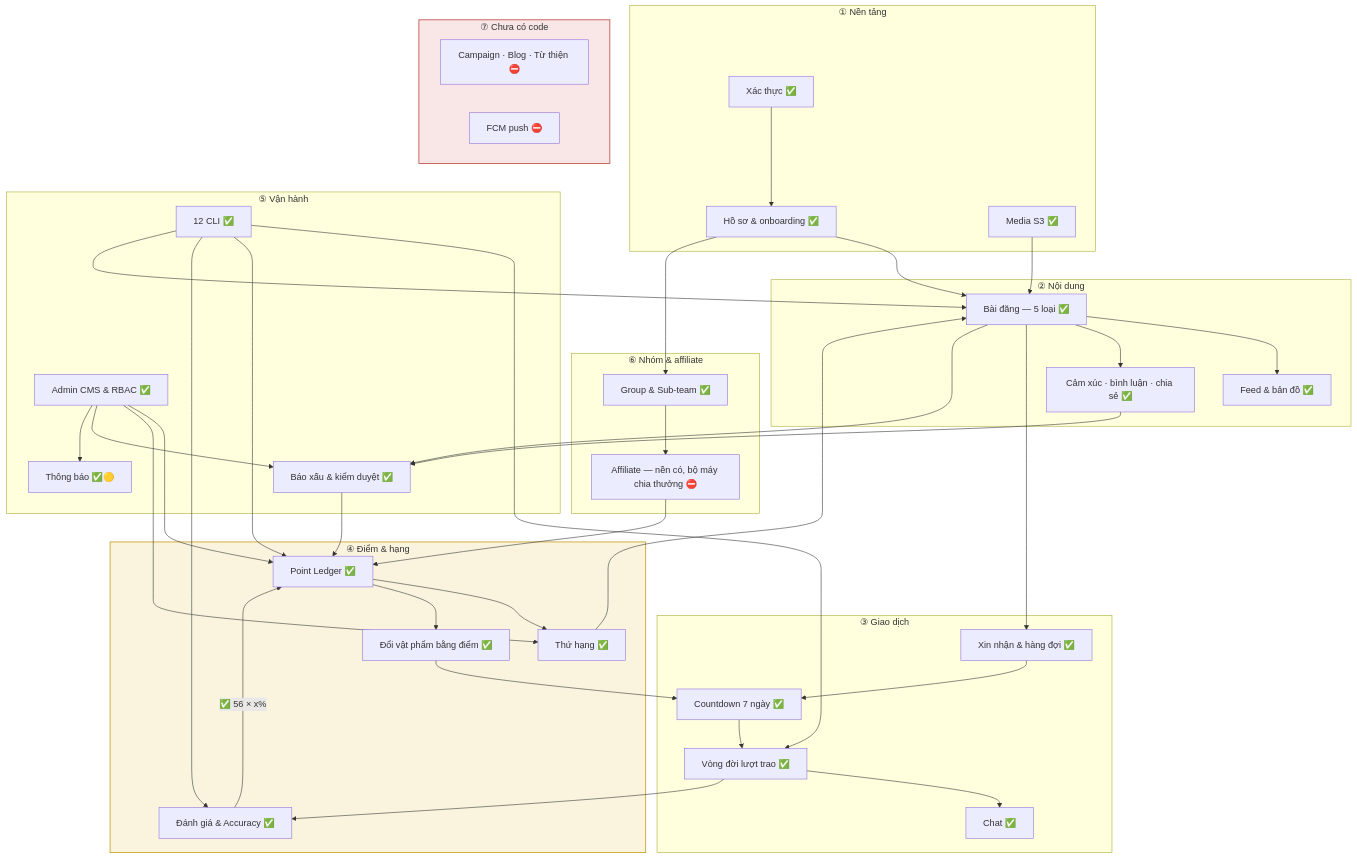
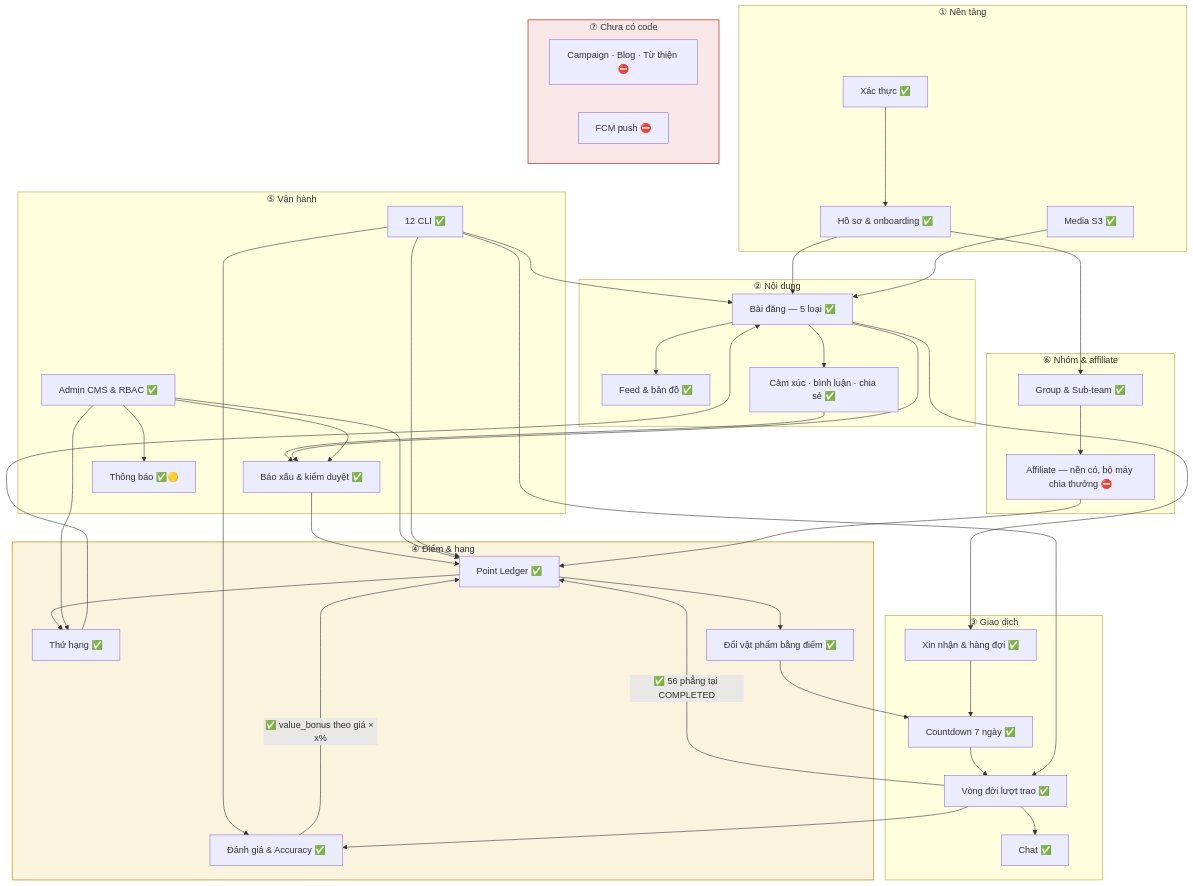
One commit to fdshn/trueheart changed the first of 4 diagrams in docs/diagram/20-overview.md. Above: the diagram before and after it, drawn with Mermaid. The commit also changed other lines of this file and 18 other files, not shown here.

First line of the commit message:
feat(f40): dời mốc cộng điểm hoàn tất sang COMPLETED theo CHỐT-14

````diff
--- a/docs/diagram/20-overview.md
+++ b/docs/diagram/20-overview.md
@@ -12,74 +12,75 @@
 ```mermaid
 flowchart TB
     subgraph T1["① Nền tảng"]
         AUTH["Xác thực ✅"]
         PROF["Hồ sơ & onboarding ✅"]
         MEDIA["Media S3 ✅"]
     end
 
     subgraph T2["② Nội dung"]
         POST["Bài đăng — 5 loại ✅"]
         FEED["Feed & bản đồ ✅"]
         INT["Cảm xúc · bình luận · chia sẻ ✅"]
     end
 
     subgraph T3["③ Giao dịch"]
         REQ["Xin nhận & hàng đợi ✅"]
         SEL["Countdown 7 ngày ✅"]
         TX["Vòng đời lượt trao ✅"]
         CHAT["Chat ✅"]
     end
 
     subgraph T4["④ Điểm & hạng"]
         PT["Point Ledger ✅"]
         RANK["Thứ hạng ✅"]
         REV["Đánh giá & Accuracy ✅"]
         RED["Đổi vật phẩm bằng điểm ✅"]
     end
 
     subgraph T5["⑤ Vận hành"]
         REP["Báo xấu & kiểm duyệt ✅"]
         ADM["Admin CMS & RBAC ✅"]
         JOB["12 CLI ✅"]
         NOTI["Thông báo ✅🟡"]
     end
 
     subgraph T6["⑥ Nhóm & affiliate"]
         GRP["Group & Sub-team ✅"]
         AFF["Affiliate — nền có, bộ máy chia thưởng ⛔"]
     end
 
     subgraph T7["⑦ Chưa có code"]
         CMS["Campaign · Blog · Từ thiện ⛔"]
         FCM["FCM push ⛔"]
     end
 
     AUTH --> PROF --> POST
     MEDIA --> POST
     POST --> FEED
     POST --> INT
     POST --> REQ --> SEL --> TX
     TX --> CHAT
     TX --> REV
-    REV -->|"✅ 56 × x%"| PT
+    REV -->|"✅ value_bonus theo giá × x%"| PT
+    TX -->|"✅ 56 phẳng tại COMPLETED"| PT
     PT --> RANK
     RANK --> POST
     PT --> RED
     RED --> SEL
     INT --> REP
     POST --> REP
     REP --> PT
     ADM --> PT
     ADM --> RANK
     ADM --> REP
     ADM --> NOTI
     JOB --> TX
     JOB --> PT
     JOB --> REV
     JOB --> POST
     GRP --> AFF --> PT
     PROF --> GRP
 
     style T7 fill:#d2464621,stroke:#c0504d,stroke-width:1.5px
     style T4 fill:#dcb42826,stroke:#c9a227,stroke-width:1.5px
 ```
````
